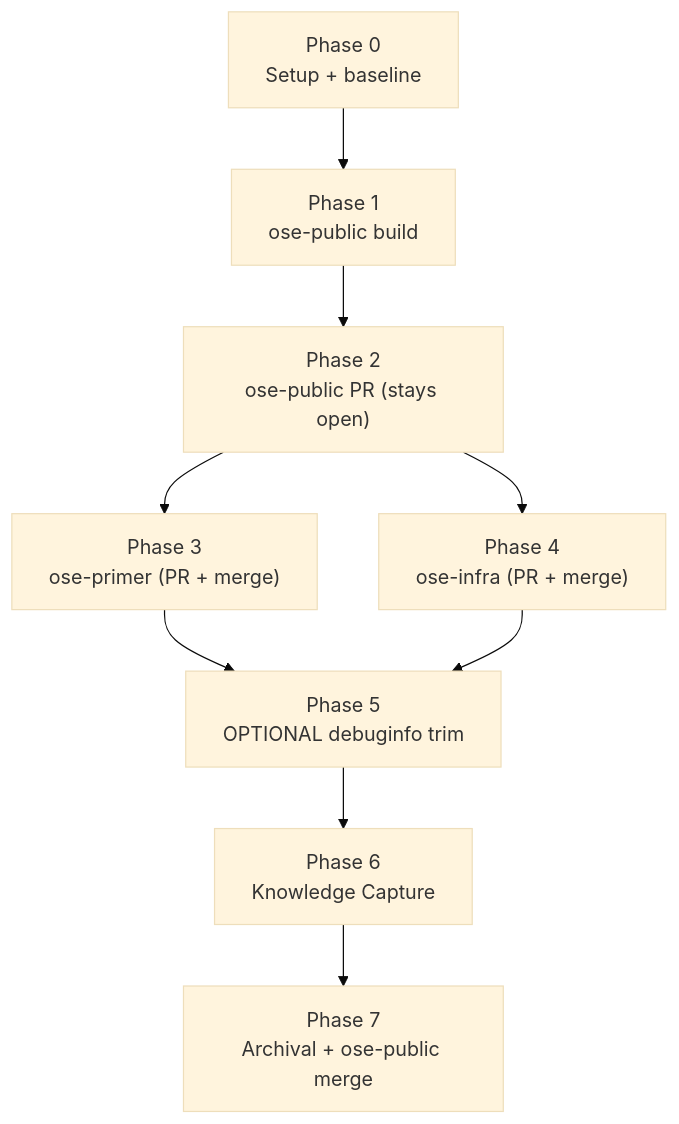
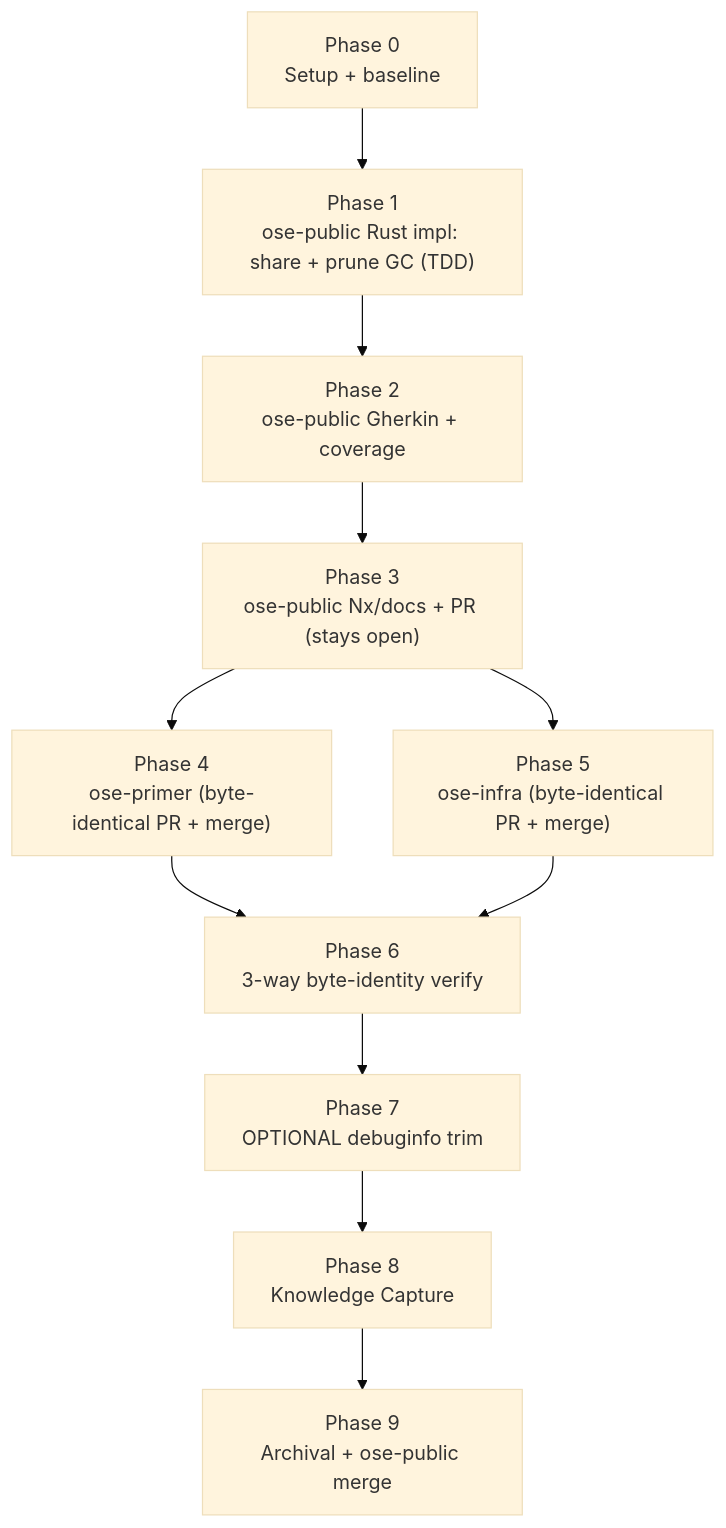
One commit to wahidyankf/baseerah changed the diagram in plans/backlog/2026-07-18__rust-cargo-target-dir-sharing/delivery.md. Above: the diagram before and after it, drawn with Mermaid (base theme). The commit also changed other lines of this file and 5 other files, not shown here.

````diff
--- a/plans/backlog/2026-07-18__rust-cargo-target-dir-sharing/delivery.md
+++ b/plans/backlog/2026-07-18__rust-cargo-target-dir-sharing/delivery.md
@@ -49,13 +50,15 @@
 ```mermaid
-%% TD required: 7 sequential phases exceed LR's depth<=4 width constraint; TD keeps depth as the
+%% TD required: 10 sequential phases exceed LR's depth<=4 width constraint; TD keeps depth as the
 %% unchecked vertical axis (span stays 2, well within the 4-node limit)
 flowchart TD
-  P0["Phase 0<br/>Setup + baseline"] --> P1["Phase 1<br/>ose-public build"]
-  P1 --> P2["Phase 2<br/>ose-public PR (stays open)"]
-  P2 --> P3["Phase 3<br/>ose-primer (PR + merge)"]
-  P2 --> P4["Phase 4<br/>ose-infra (PR + merge)"]
-  P3 --> P5["Phase 5<br/>OPTIONAL debuginfo trim"]
-  P4 --> P5
-  P5 --> P6["Phase 6<br/>Knowledge Capture"]
-  P6 --> P7["Phase 7<br/>Archival + ose-public merge"]
+  P0["Phase 0<br/>Setup + baseline"] --> P1["Phase 1<br/>ose-public Rust impl: share + prune GC (TDD)"]
+  P1 --> P2["Phase 2<br/>ose-public Gherkin + coverage"]
+  P2 --> P3["Phase 3<br/>ose-public Nx/docs + PR (stays open)"]
+  P3 --> P4["Phase 4<br/>ose-primer (byte-identical PR + merge)"]
+  P3 --> P5["Phase 5<br/>ose-infra (byte-identical PR + merge)"]
+  P4 --> P6["Phase 6<br/>3-way byte-identity verify"]
+  P5 --> P6
+  P6 --> P7["Phase 7<br/>OPTIONAL debuginfo trim"]
+  P7 --> P8["Phase 8<br/>Knowledge Capture"]
+  P8 --> P9["Phase 9<br/>Archival + ose-public merge"]
 ```
````
